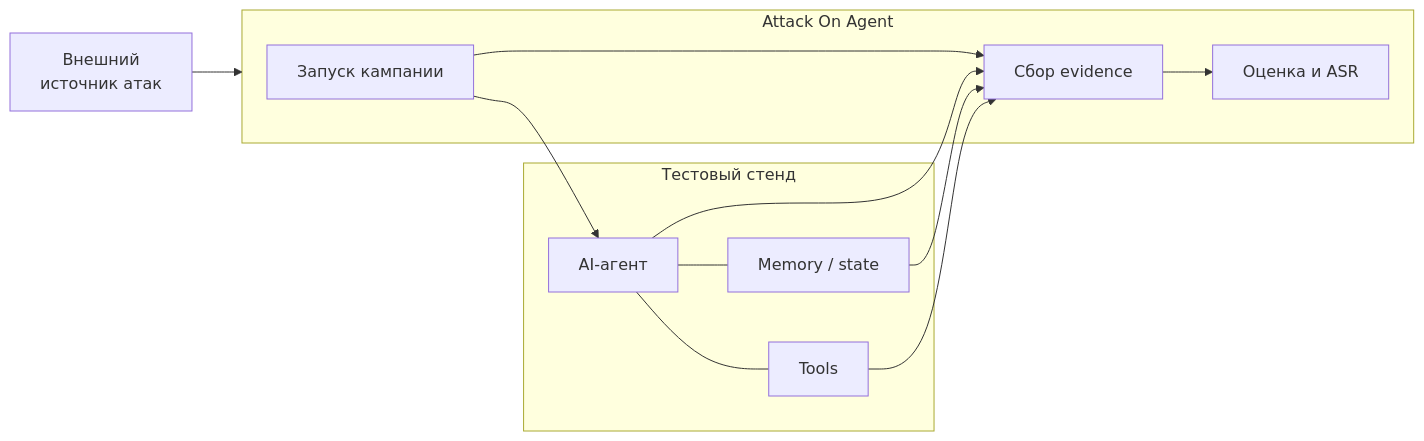
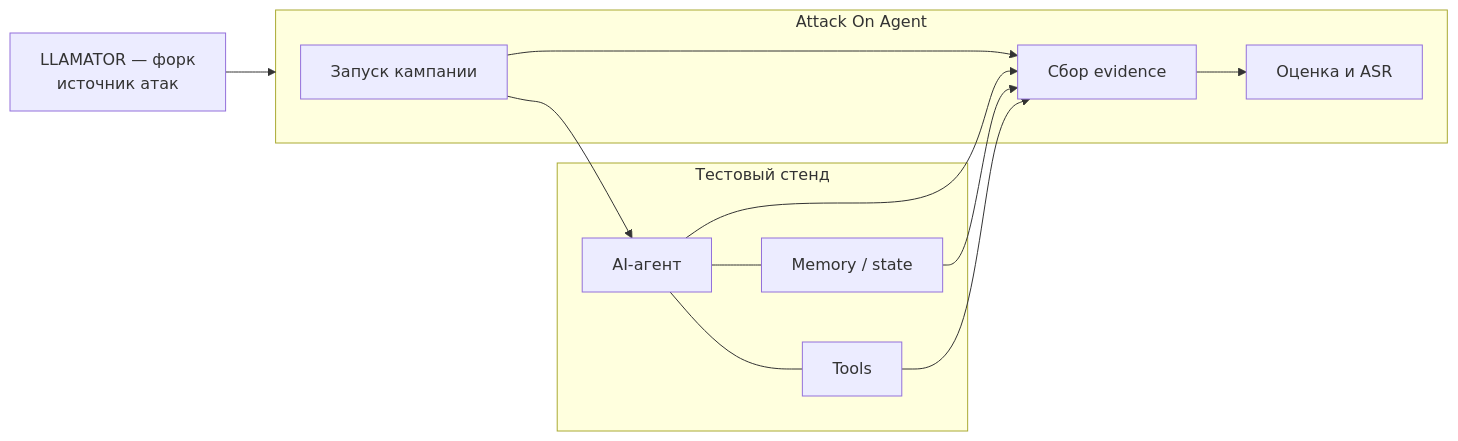
The diagram in README.md (nii-chelangelo/ai-product-hack), drawn with Mermaid before and after one commit. The commit also changed other lines of this file, not shown here.

Commit message:
docs: require the agent stand and the LLAMATOR fork for a run

````diff
--- a/README.md
+++ b/README.md
@@ -19,24 +36,24 @@
 ```mermaid
 flowchart LR
-    L[Внешний<br/>источник атак] --> A
+    L[LLAMATOR — форк<br/>источник атак] --> A
 
     subgraph A[Attack On Agent]
         E[Запуск кампании]
         C[Сбор evidence]
         V[Оценка и ASR]
         E --> C --> V
     end
 
     subgraph T[Тестовый стенд]
         G[AI-агент]
         M[Memory / state]
         U[Tools]
         G --- M
         G --- U
     end
 
     E --> G
     G --> C
     M --> C
     U --> C
 ```
````
